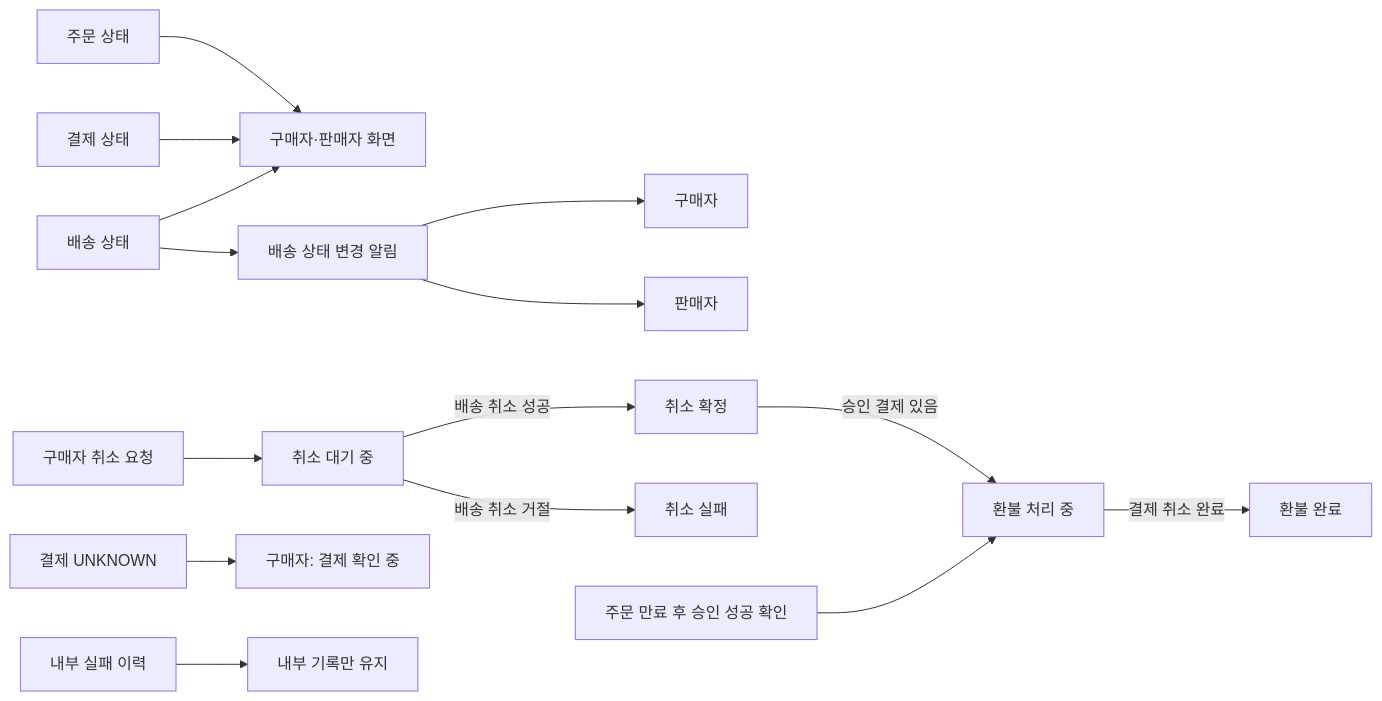
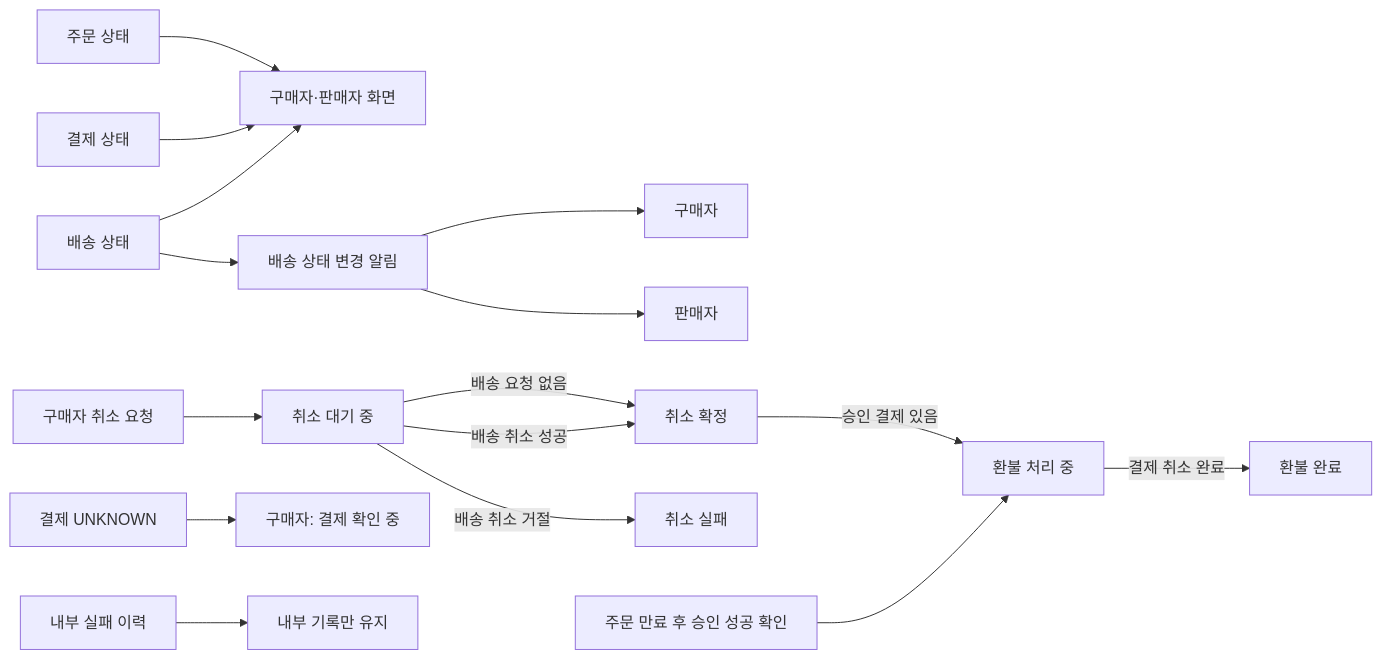
One commit to woowacourse-teams/2026-setty changed the diagram in docs/policy/customer-status.md. Above: the diagram before and after it, drawn with Mermaid. The commit also changed other lines of this file and 2 other files, not shown here.

Commit message:
docs: 배송 요청 전 구매자 취소 허용 정책 반영

````diff
--- a/docs/policy/customer-status.md
+++ b/docs/policy/customer-status.md
@@ -14,17 +14,18 @@
 ```mermaid
 flowchart LR
     O["주문 상태"] --> V["구매자·판매자 화면"]
     P["결제 상태"] --> V
     D["배송 상태"] --> V
     D --> N["배송 상태 변경 알림"]
     N --> B["구매자"]
     N --> S["판매자"]
     CR["구매자 취소 요청"] --> CP["취소 대기 중"]
-    CP -->|"배송 취소 성공"| CC["취소 확정"]
+    CP -->|"배송 요청 없음"| CC["취소 확정"]
+    CP -->|"배송 취소 성공"| CC
     CP -->|"배송 취소 거절"| CF["취소 실패"]
     CC -->|"승인 결제 있음"| RP["환불 처리 중"]
     LE["주문 만료 후 승인 성공 확인"] --> RP
     RP -->|"결제 취소 완료"| RC["환불 완료"]
     U["결제 UNKNOWN"] --> Q["구매자: 결제 확인 중"]
     H["내부 실패 이력"] --> I["내부 기록만 유지"]
 ```
````
